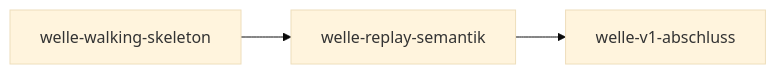
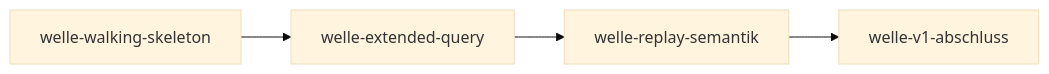
The diagram in docs/plan/planning/in-progress/roadmap.md (pt9912/pgwire-recorder), drawn with Mermaid (base theme) before and after one commit. The commit also changed other lines of this file and 19 other files, not shown here.

First line of the commit message:
ADR-0012, Wellenplanung, Benutzerhandbuch und Releasing (ADR-0012, slice-extended-query-modell)

````diff
--- a/docs/plan/planning/in-progress/roadmap.md
+++ b/docs/plan/planning/in-progress/roadmap.md
@@ -55,9 +56,11 @@
 ```mermaid
 flowchart LR
     W1[welle-walking-skeleton]
-    W2[welle-replay-semantik]
-    W3[welle-v1-abschluss]
+    W2[welle-extended-query]
+    W3[welle-replay-semantik]
+    W4[welle-v1-abschluss]
 
     W1 --> W2
     W2 --> W3
+    W3 --> W4
 ```
````
